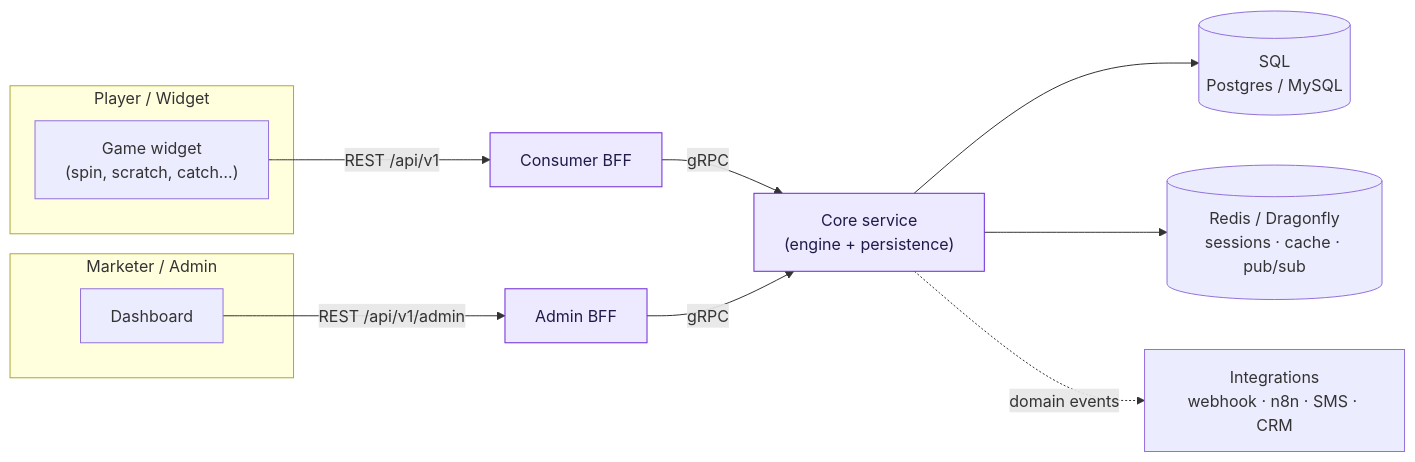
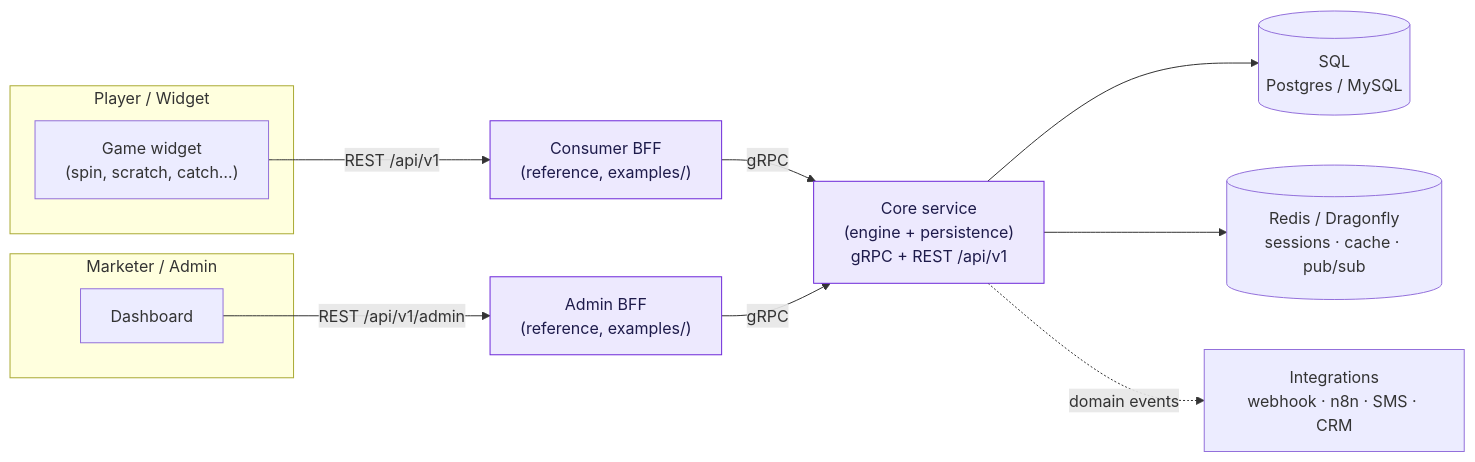
One commit to ndmt1at21/muse changed the first of 2 diagrams in website/docs/intro.md. Above: the diagram before and after it, drawn with Mermaid. The commit also changed other lines of this file and 53 other files, not shown here.

````diff
--- a/website/docs/intro.md
+++ b/website/docs/intro.md
@@ -21,20 +21,20 @@
 ```mermaid
 flowchart LR
   subgraph Client["Player / Widget"]
     W["Game widget<br/>(spin, scratch, catch…)"]
   end
   subgraph Admin["Marketer / Admin"]
     D["Dashboard"]
   end
 
-  W -->|"REST /api/v1"| C["Consumer BFF"]
-  D -->|"REST /api/v1/admin"| A["Admin BFF"]
-  C -->|gRPC| Core["Core service<br/>(engine + persistence)"]
+  W -->|"REST /api/v1"| C["Consumer BFF<br/>(reference, examples/)"]
+  D -->|"REST /api/v1/admin"| A["Admin BFF<br/>(reference, examples/)"]
+  C -->|gRPC| Core["Core service<br/>(engine + persistence)<br/>gRPC + REST /api/v1"]
   A -->|gRPC| Core
   Core --> DB[("SQL<br/>Postgres / MySQL")]
   Core --> R[("Redis / Dragonfly<br/>sessions · cache · pub/sub")]
   Core -.domain events.-> Int["Integrations<br/>webhook · n8n · SMS · CRM"]
 
   classDef svc fill:#ede9fe,stroke:#6d28d9,color:#1e1b4b;
   class C,A,Core svc;
 ```
````
